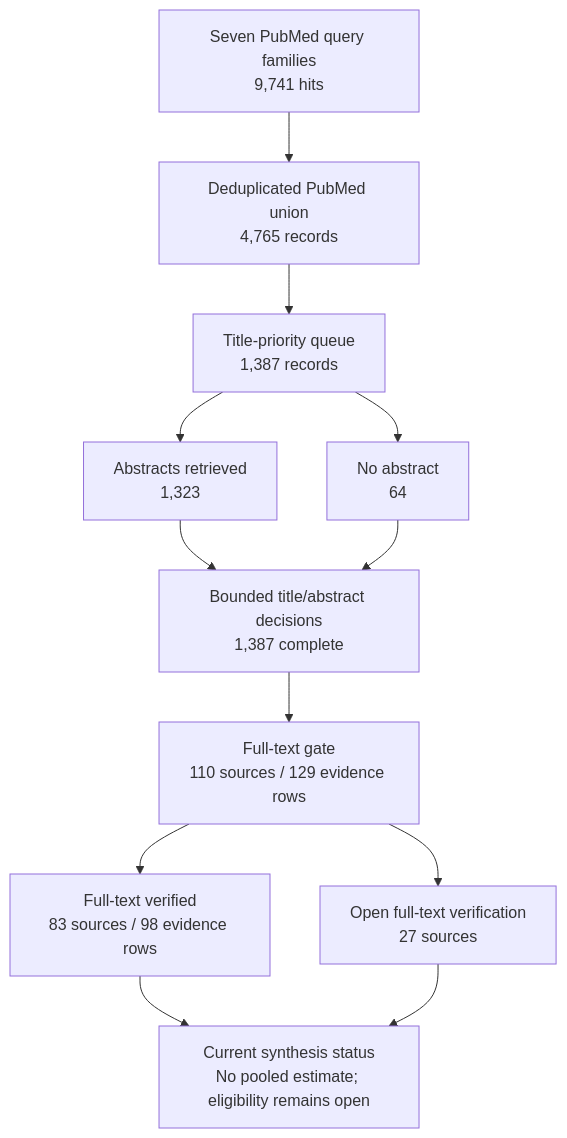
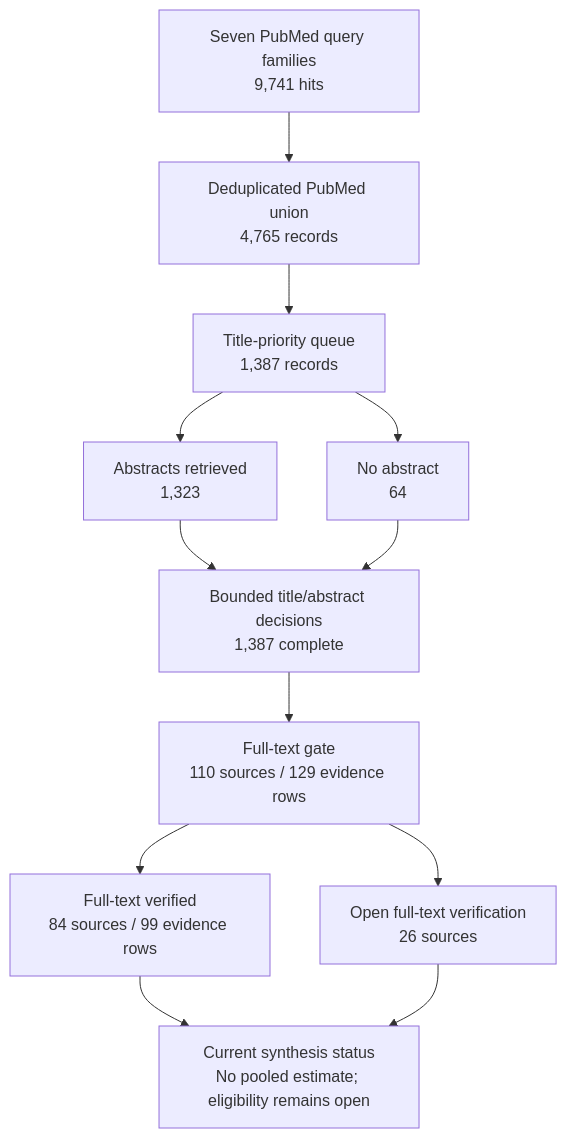
One commit to dcmcshan/artemisia changed the diagram in manuscript/figures/figure-3-review-flow.mmd. Above: the diagram before and after it, drawn with Mermaid. The commit also changed 17 other files, not shown here.

```diff
--- a/manuscript/figures/figure-3-review-flow.mmd
+++ b/manuscript/figures/figure-3-review-flow.mmd
@@ -1,12 +1,12 @@
 flowchart TD
   A["Seven PubMed query families<br/>9,741 hits"] --> B["Deduplicated PubMed union<br/>4,765 records"]
   B --> C["Title-priority queue<br/>1,387 records"]
   C --> D["Abstracts retrieved<br/>1,323"]
   C --> E["No abstract<br/>64"]
   D --> F["Bounded title/abstract decisions<br/>1,387 complete"]
   E --> F
   F --> G["Full-text gate<br/>110 sources / 129 evidence rows"]
-  G --> H["Full-text verified<br/>83 sources / 98 evidence rows"]
-  G --> I["Open full-text verification<br/>27 sources"]
+  G --> H["Full-text verified<br/>84 sources / 99 evidence rows"]
+  G --> I["Open full-text verification<br/>26 sources"]
   H --> J["Current synthesis status<br/>No pooled estimate; eligibility remains open"]
   I --> J
```
